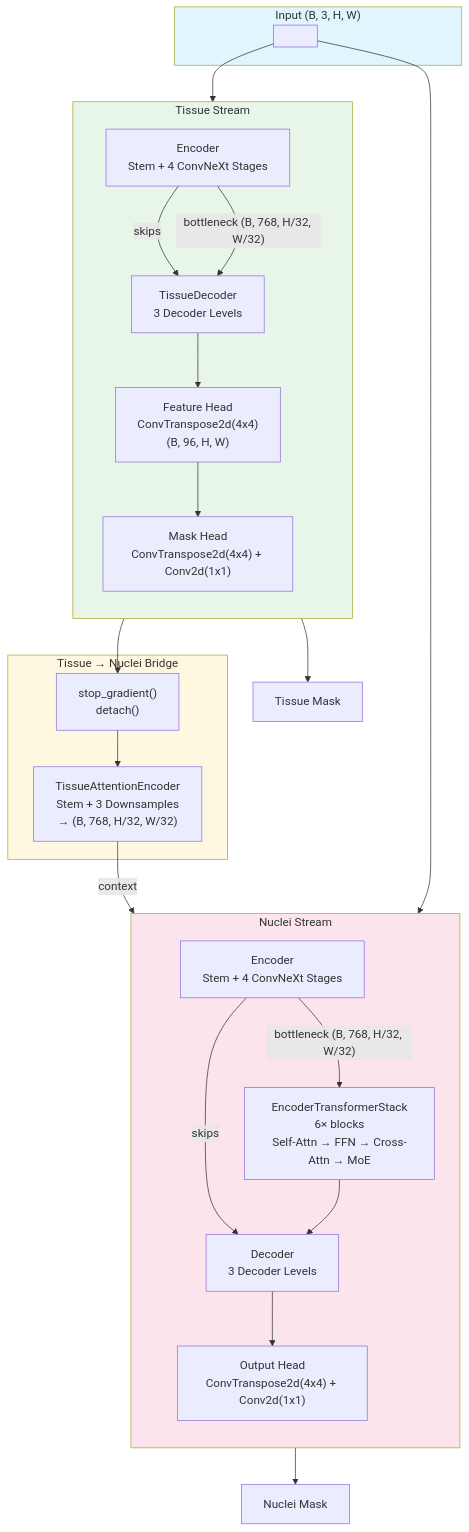
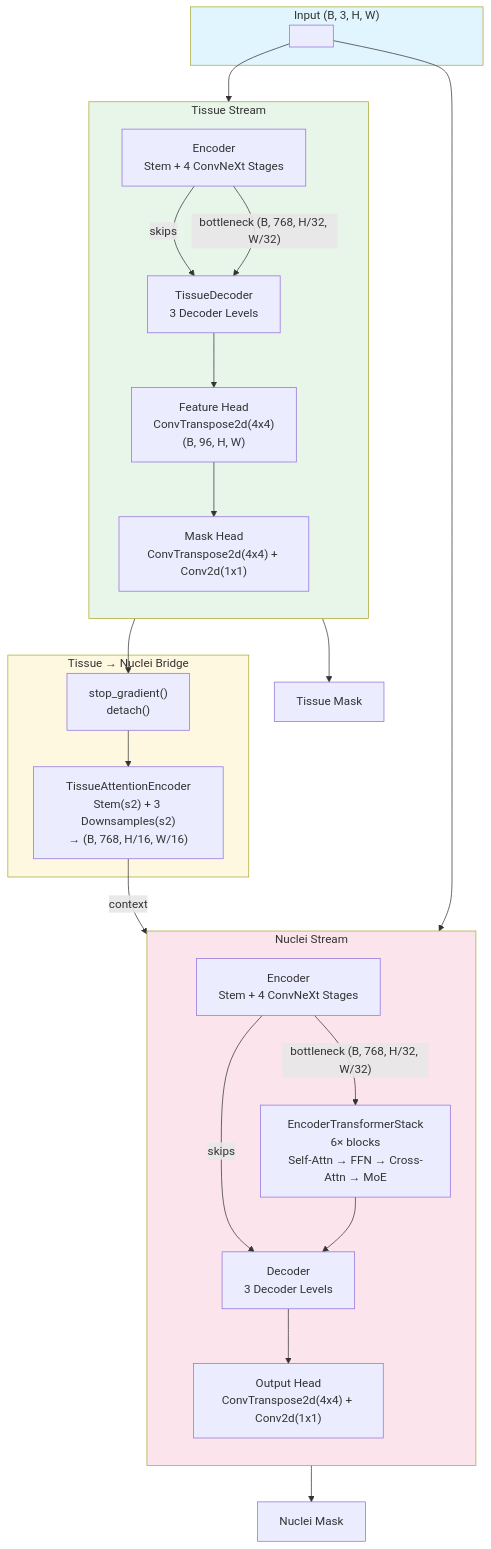
One commit to hoangtung386/Prometheus changed the fifth of 8 diagrams in docs/Architecture.md. Above: the diagram before and after it, drawn with Mermaid. The commit also changed other lines of this file, not shown here.

Commit message:
Update Architecture docs: multiclass config, 16x reduction, MoE params

````diff
--- a/docs/Architecture.md
+++ b/docs/Architecture.md
@@ -197,50 +203,50 @@
 ```mermaid
 flowchart TB
     subgraph Input["Input (B, 3, H, W)"]
         I[" "]
     end
 
     subgraph Tissue["Tissue Stream"]
         direction TB
         TE["Encoder<br/>Stem + 4 ConvNeXt Stages"]
         TD["TissueDecoder<br/>3 Decoder Levels"]
         OH1["Mask Head<br/>ConvTranspose2d(4x4) + Conv2d(1x1)"]
         FH["Feature Head<br/>ConvTranspose2d(4x4)<br/>(B, 96, H, W)"]
     end
 
     subgraph Bridge["Tissue → Nuclei Bridge"]
         SG["stop_gradient()<br/>detach()"]
-        TAE["TissueAttentionEncoder<br/>Stem + 3 Downsamples<br/>→ (B, 768, H/32, W/32)"]
+        TAE["TissueAttentionEncoder<br/>Stem(s2) + 3 Downsamples(s2)<br/>→ (B, 768, H/16, W/16)"]
     end
 
     subgraph Nuclei["Nuclei Stream"]
         direction TB
         NE["Encoder<br/>Stem + 4 ConvNeXt Stages"]
         TX["EncoderTransformerStack<br/>6× blocks<br/>Self-Attn → FFN → Cross-Attn → MoE"]
         ND["Decoder<br/>3 Decoder Levels"]
         OH2["Output Head<br/>ConvTranspose2d(4x4) + Conv2d(1x1)"]
     end
 
     I --> TE
     TE -->|"skips"| TD
     TE -->|"bottleneck (B, 768, H/32, W/32)"| TD
     TD --> FH
     FH --> OH1
     OH1 --> TM["Tissue Mask"]
 
     FH --> SG
     SG --> TAE
     TAE -->|"context"| TX
 
     I --> NE
     NE -->|"bottleneck (B, 768, H/32, W/32)"| TX
     NE -->|"skips"| ND
     TX --> ND
     ND --> OH2
     OH2 --> NM["Nuclei Mask"]
 
     style Input fill:#e1f5fe
     style Tissue fill:#e8f5e9
     style Bridge fill:#fff8e1
     style Nuclei fill:#fce4ec
 ```
````
